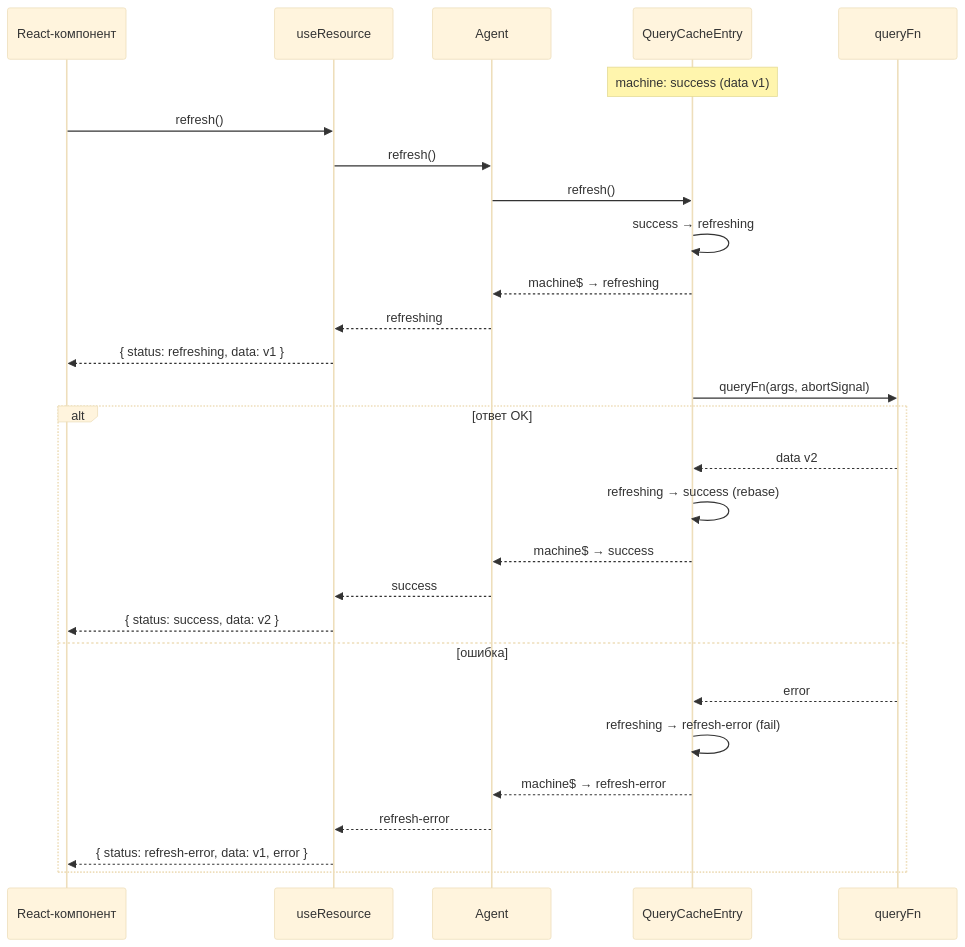
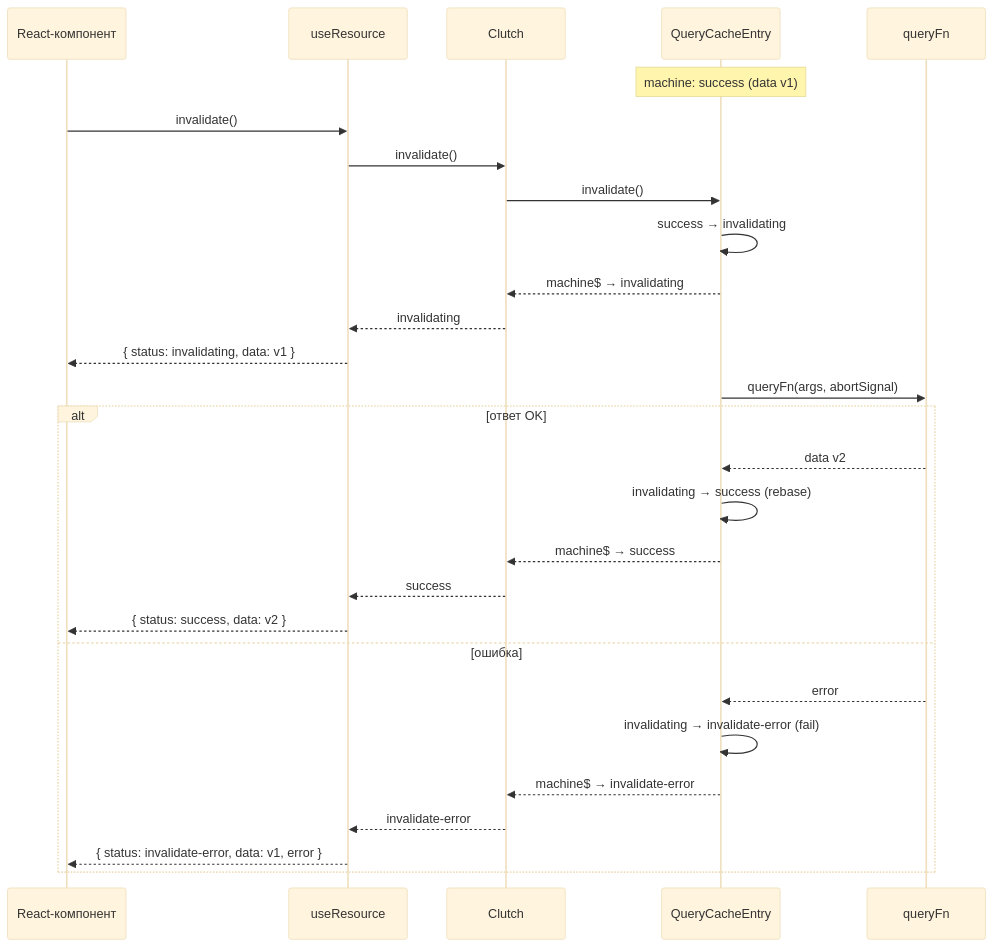
The fourth of 10 diagrams in docs/query/concepts/dataflows.md (fozy-labs/rx-toolkit), drawn with Mermaid (base theme) before and after one commit. The commit also changed other lines of this file and 105 other files, not shown here.

````diff
--- a/docs/query/concepts/dataflows.md
+++ b/docs/query/concepts/dataflows.md
@@ -156,34 +156,34 @@
 ```mermaid
 sequenceDiagram
     participant UI as React-компонент
     participant Hook as useResource
-    participant Agent as Agent
+    participant Clutch as Clutch
     participant Entry as QueryCacheEntry
     participant Query as queryFn
 
     Note over Entry: machine: success (data v1)
 
-    UI->>Hook: refresh()
-    Hook->>Agent: refresh()
-    Agent->>Entry: refresh()
-    Entry->>Entry: success → refreshing
-    Entry-->>Agent: machine$ → refreshing
-    Agent-->>Hook: refreshing
-    Hook-->>UI: { status: refreshing, data: v1 }
+    UI->>Hook: invalidate()
+    Hook->>Clutch: invalidate()
+    Clutch->>Entry: invalidate()
+    Entry->>Entry: success → invalidating
+    Entry-->>Clutch: machine$ → invalidating
+    Clutch-->>Hook: invalidating
+    Hook-->>UI: { status: invalidating, data: v1 }
 
     Entry->>Query: queryFn(args, abortSignal)
 
     alt ответ OK
         Query-->>Entry: data v2
-        Entry->>Entry: refreshing → success (rebase)
-        Entry-->>Agent: machine$ → success
-        Agent-->>Hook: success
+        Entry->>Entry: invalidating → success (rebase)
+        Entry-->>Clutch: machine$ → success
+        Clutch-->>Hook: success
         Hook-->>UI: { status: success, data: v2 }
     else ошибка
         Query-->>Entry: error
-        Entry->>Entry: refreshing → refresh-error (fail)
-        Entry-->>Agent: machine$ → refresh-error
-        Agent-->>Hook: refresh-error
-        Hook-->>UI: { status: refresh-error, data: v1, error }
+        Entry->>Entry: invalidating → invalidate-error (fail)
+        Entry-->>Clutch: machine$ → invalidate-error
+        Clutch-->>Hook: invalidate-error
+        Hook-->>UI: { status: invalidate-error, data: v1, error }
     end
 ```
````
